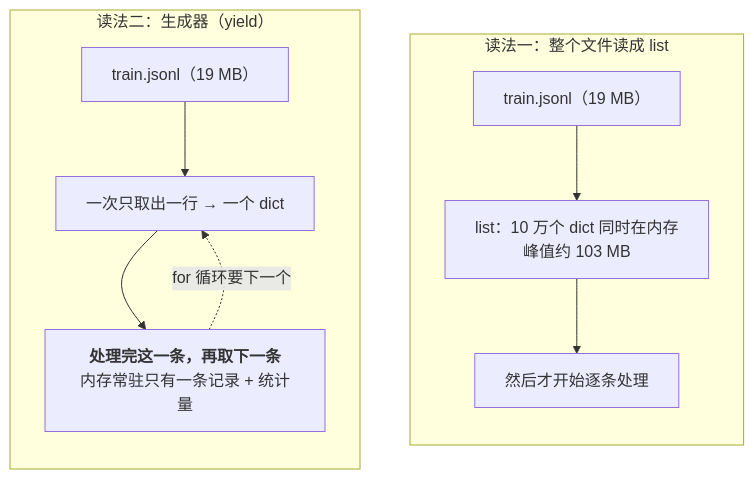
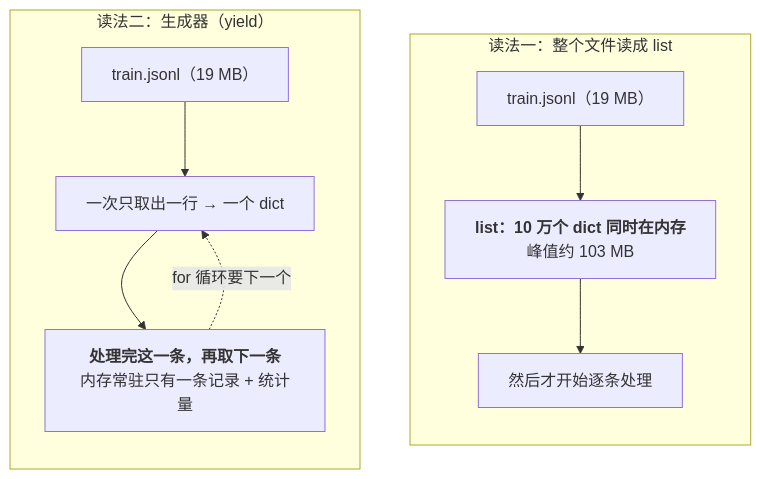
Before and after one commit to arganzheng/arganzheng.github.com: the diagram in _posts/2026-01-17-python-in-use-for-algorithm-engineers.md, drawn with Mermaid. The commit also changed 6 other files, not shown here.

First line of the commit message:
Mermaid：五个框标题漏加粗、五张图的图注写法不对

````diff
--- a/_posts/2026-01-17-python-in-use-for-algorithm-engineers.md
+++ b/_posts/2026-01-17-python-in-use-for-algorithm-engineers.md
@@ -82,14 +82,14 @@
 ```mermaid
 %%{init: {"flowchart": {"wrappingWidth": 220}}}%%
 %% 图：读一个 JSONL 的两种读法：整个读成 list vs 生成器一次一条
 flowchart TB
     subgraph A["读法一：整个文件读成 list"]
         direction TB
-        F1["train.jsonl（19 MB）"] --> L["list：10 万个 dict 同时在内存<br/>峰值约 103 MB"] --> P1["然后才开始逐条处理"]
+        F1["train.jsonl（19 MB）"] --> L["<b>list：10 万个 dict 同时在内存</b><br/>峰值约 103 MB"] --> P1["然后才开始逐条处理"]
     end
     subgraph B["读法二：生成器（yield）"]
         direction TB
         F2["train.jsonl（19 MB）"] --> G["一次只取出一行 → 一个 dict"] --> P2["<b>处理完这一条，再取下一条</b><br/>内存常驻只有一条记录 + 统计量"]
         P2 -. "for 循环要下一个" .-> G
     end
 ```
````
